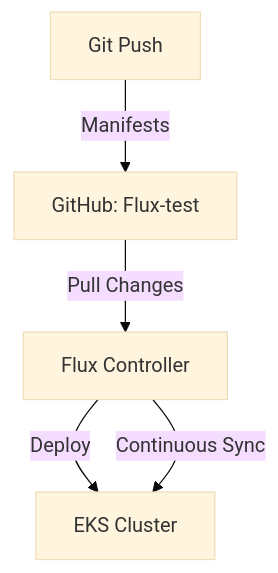
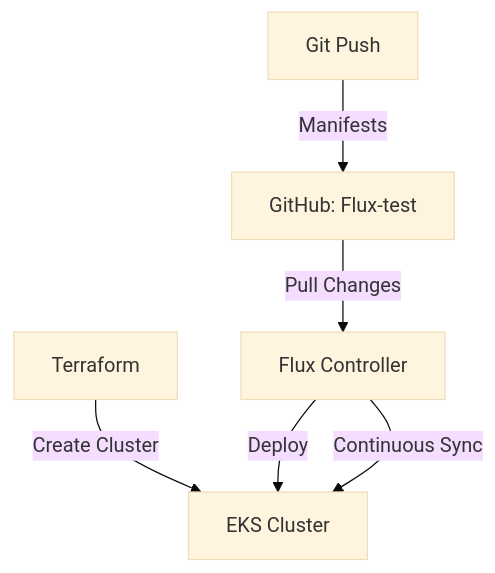
Before and after one commit to gvamsi2010/EKS_CLUSTER: the diagram in README.md, drawn with Mermaid (base theme).

````diff
--- a/README.md
+++ b/README.md
@@ -9,7 +9,8 @@
 ```mermaid
 graph TD
+    E[Terraform] -->|Create Cluster| C[EKS Cluster]
     A[GitHub: Flux-test] -->|Pull Changes| B[Flux Controller]
     B -->|Deploy| C[EKS Cluster]
     D[Git Push] -->|Manifests| A
     B -->|Continuous Sync| C
 ```
````
